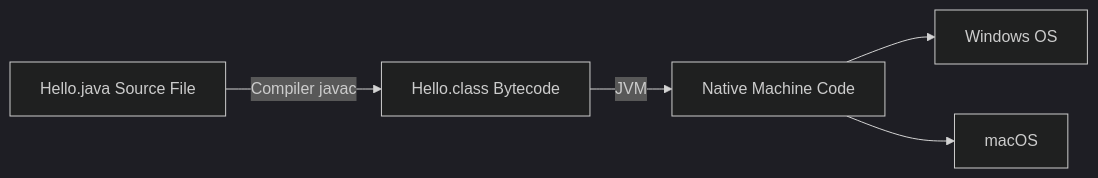
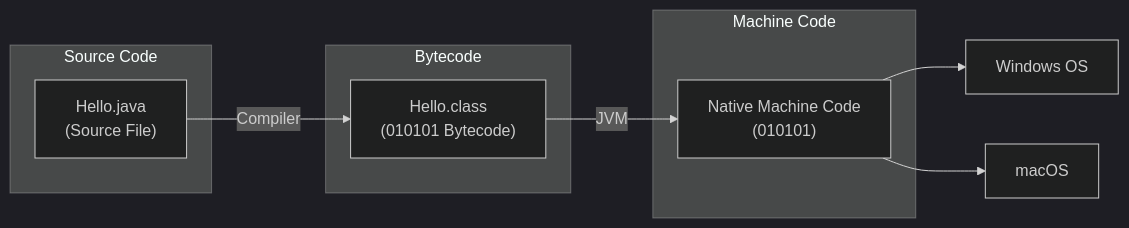
Before and after one commit to m20was/Analytics: the second of 3 diagrams in markdown/m20was/Java/00_Working of a Java program.md, drawn with Mermaid (dark theme). The commit also changed other lines of this file, not shown here.

Commit message:
docs: add educational guide on Java program execution and IDE shortcuts

````diff
--- a/markdown/m20was/Java/00_Working of a Java program.md
+++ b/markdown/m20was/Java/00_Working of a Java program.md
@@ -22,7 +22,19 @@
 ```mermaid
 flowchart LR
-    A[Hello.java Source File] -->|Compiler javac| B[Hello.class Bytecode]
-    B -->|JVM| C[Native Machine Code]
-    C --> D[Windows OS]
-    C --> E[macOS]
+    subgraph Source["Source Code"]
+        A["Hello.java\n(Source File)"]
+    end
+
+    subgraph BytecodeStage["Bytecode"]
+        B["Hello.class\n(010101 Bytecode)"]
+    end
+
+    subgraph MachineStage["Machine Code"]
+        C["Native Machine Code\n(010101)"]
+    end
+
+    A -->|Compiler| B
+    B -->|JVM| C
+    C --> Windows["Windows OS"]
+    C --> MacOS["macOS"]
 ```
````
